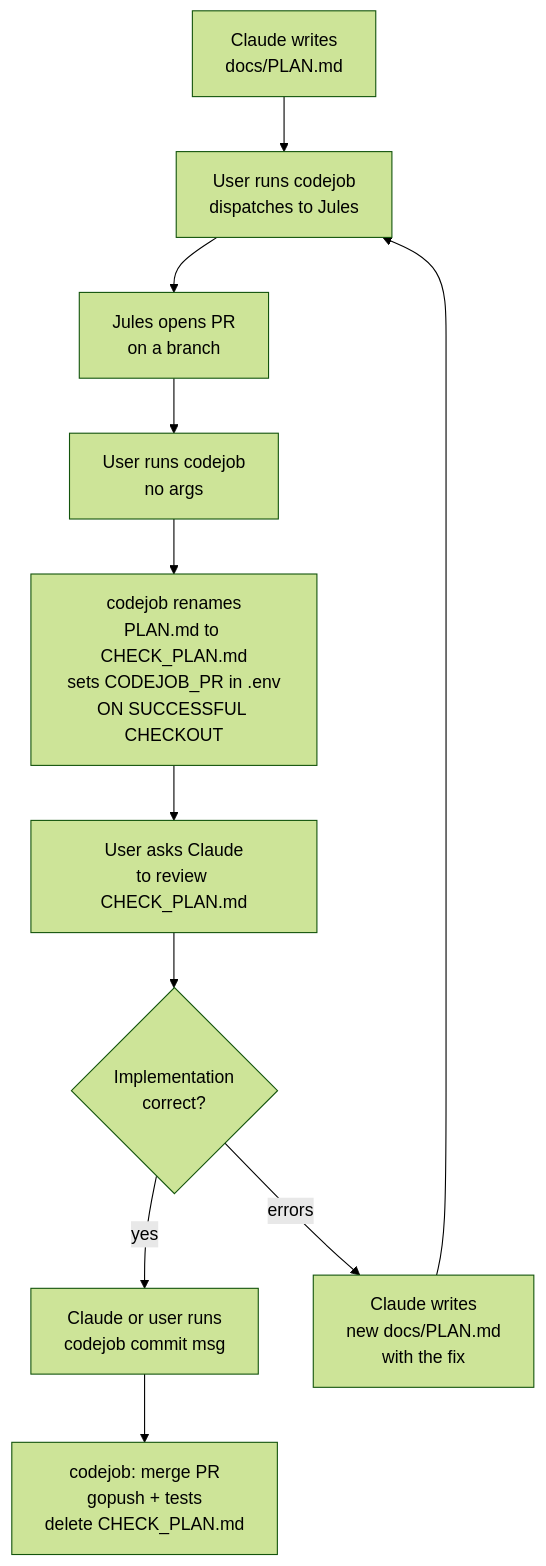
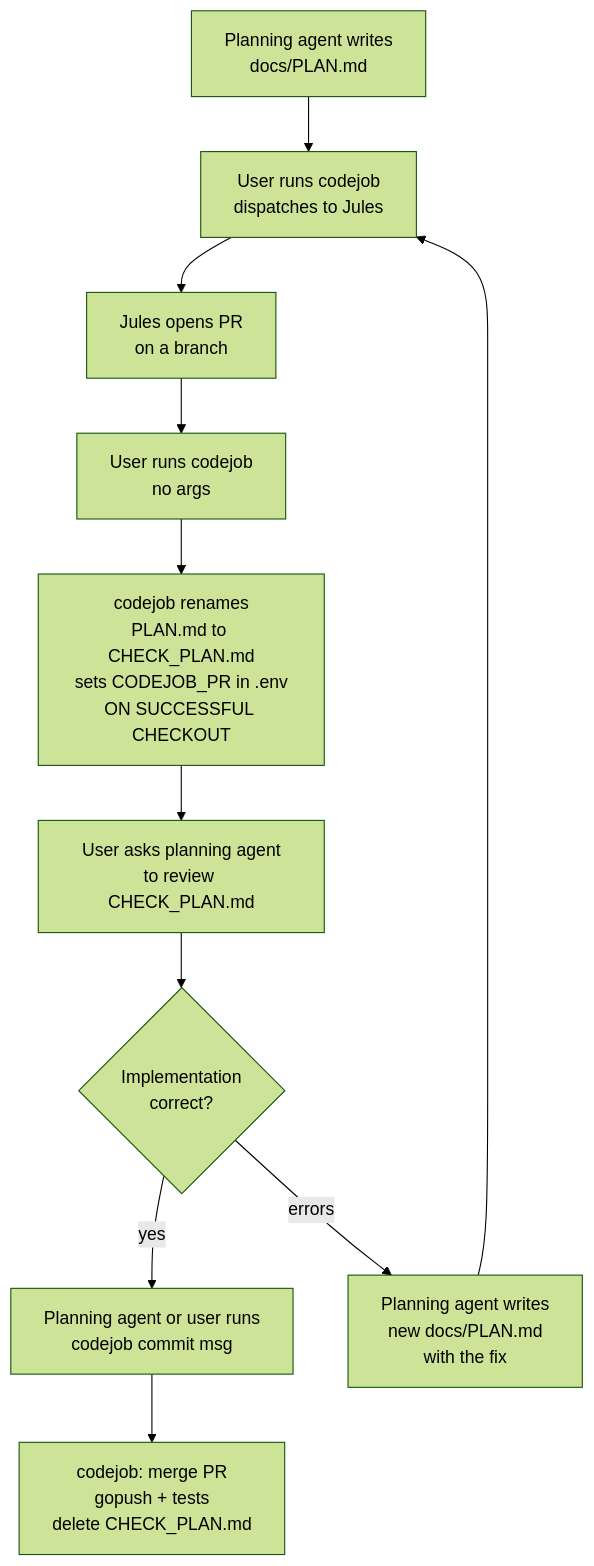
One commit to tinywasm/devflow changed the diagram in skills/agents-workflow/SKILL.md. Above: the diagram before and after it, drawn with Mermaid (forest theme). The commit also changed other lines of this file and 4 other files, not shown here.

````diff
--- a/skills/agents-workflow/SKILL.md
+++ b/skills/agents-workflow/SKILL.md
@@ -63,13 +97,13 @@
 ```mermaid
 flowchart TD
-    A[Claude writes<br/>docs/PLAN.md] --> B[User runs codejob<br/>dispatches to Jules]
+    A[Planning agent writes<br/>docs/PLAN.md] --> B[User runs codejob<br/>dispatches to Jules]
     B --> C[Jules opens PR<br/>on a branch]
     C --> D[User runs codejob<br/>no args]
     D --> E[codejob renames<br/>PLAN.md to CHECK_PLAN.md<br/>sets CODEJOB_PR in .env<br/>ON SUCCESSFUL CHECKOUT]
-    E --> F[User asks Claude<br/>to review CHECK_PLAN.md]
+    E --> F[User asks planning agent<br/>to review CHECK_PLAN.md]
     F --> G{Implementation<br/>correct?}
-    G -->|yes| H[Claude or user runs<br/>codejob commit msg]
-    G -->|errors| I[Claude writes<br/>new docs/PLAN.md<br/>with the fix]
+    G -->|yes| H[Planning agent or user runs<br/>codejob commit msg]
+    G -->|errors| I[Planning agent writes<br/>new docs/PLAN.md<br/>with the fix]
     I --> B
     H --> J[codejob: merge PR<br/>gopush + tests<br/>delete CHECK_PLAN.md]
 ```
````
